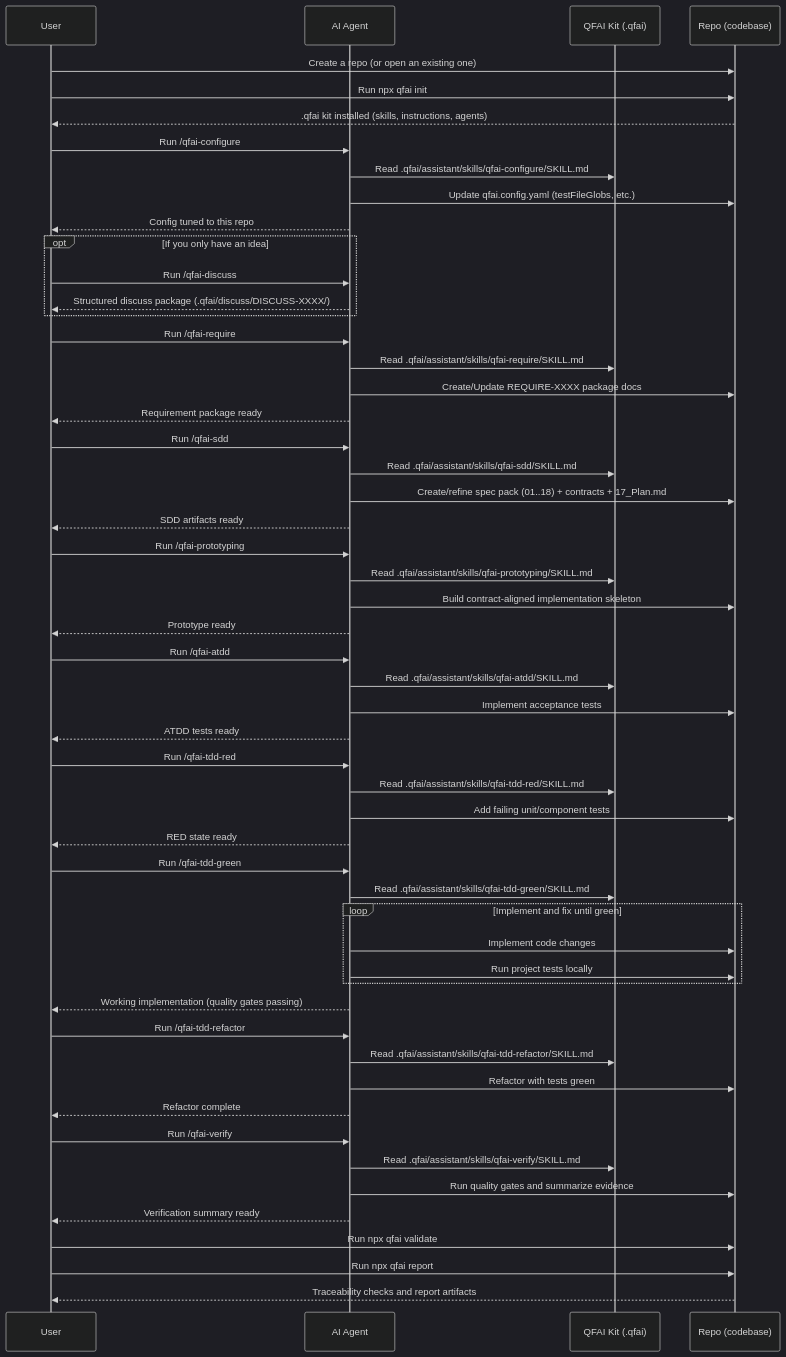
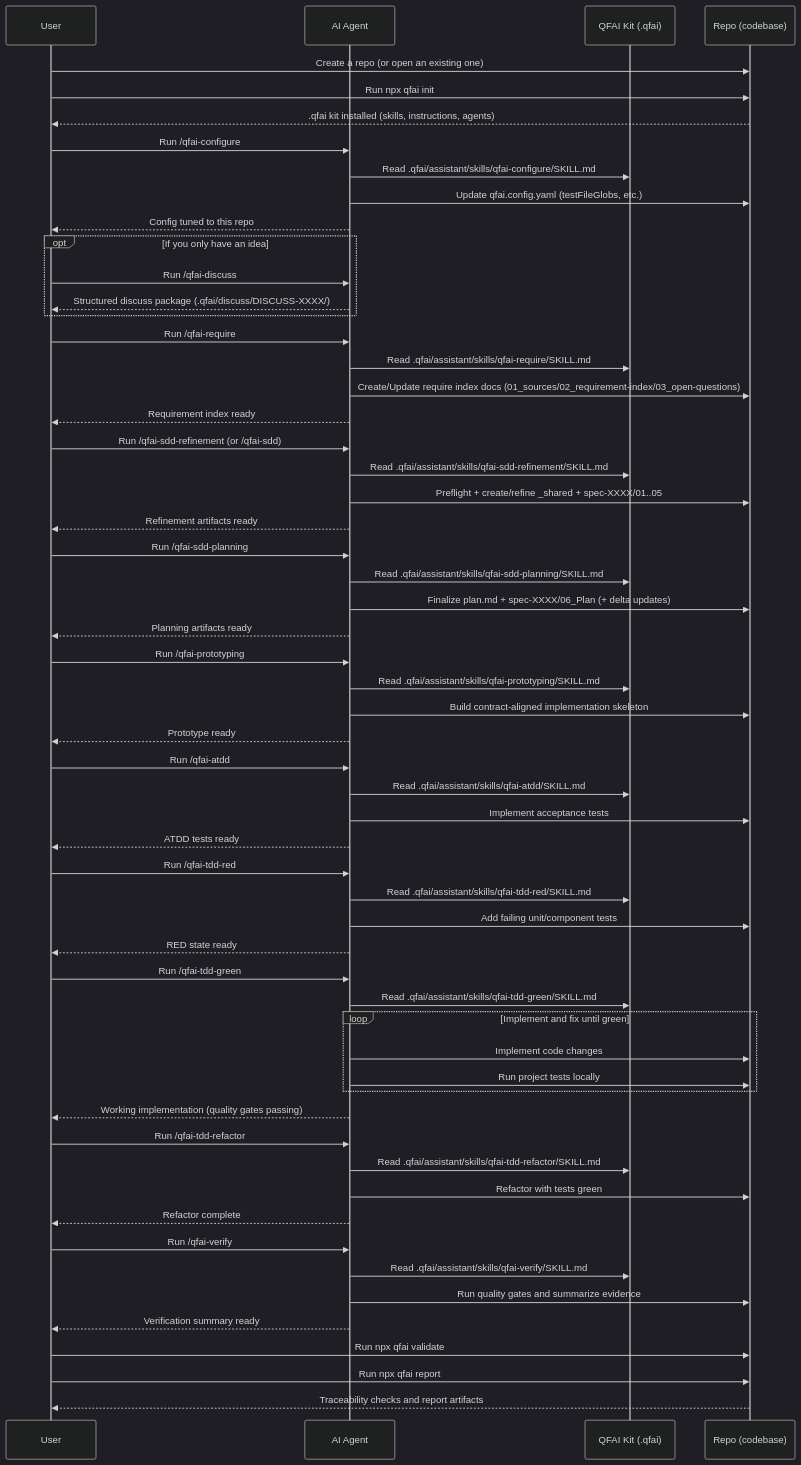
The first of 2 diagrams in README.md (aganesy/QFAI), drawn with Mermaid (dark theme) before and after one commit. The commit also changed other lines of this file and 10 other files, not shown here.

Commit message:
feat(sdd): add preflight split skills and import-lite flow

````diff
--- a/README.md
+++ b/README.md
@@ -72,68 +74,73 @@
 ```mermaid
 sequenceDiagram
 participant U as User
 participant AG as AI Agent
 participant Q as QFAI Kit (.qfai)
 participant R as Repo (codebase)
 
 U->>R: Create a repo (or open an existing one)
 U->>R: Run npx qfai init
 R-->>U: .qfai kit installed (skills, instructions, agents)
 
 U->>AG: Run /qfai-configure
 AG->>Q: Read .qfai/assistant/skills/qfai-configure/SKILL.md
 AG->>R: Update qfai.config.yaml (testFileGlobs, etc.)
 AG-->>U: Config tuned to this repo
 
 opt If you only have an idea
 U->>AG: Run /qfai-discuss
 AG-->>U: Structured discuss package (.qfai/discuss/DISCUSS-XXXX/)
 end
 
 U->>AG: Run /qfai-require
 AG->>Q: Read .qfai/assistant/skills/qfai-require/SKILL.md
-AG->>R: Create/Update REQUIRE-XXXX package docs
-AG-->>U: Requirement package ready
+AG->>R: Create/Update require index docs (01_sources/02_requirement-index/03_open-questions)
+AG-->>U: Requirement index ready
 
-U->>AG: Run /qfai-sdd
-AG->>Q: Read .qfai/assistant/skills/qfai-sdd/SKILL.md
-AG->>R: Create/refine spec pack (01..18) + contracts + 17_Plan.md
-AG-->>U: SDD artifacts ready
+U->>AG: Run /qfai-sdd-refinement (or /qfai-sdd)
+AG->>Q: Read .qfai/assistant/skills/qfai-sdd-refinement/SKILL.md
+AG->>R: Preflight + create/refine _shared + spec-XXXX/01..05
+AG-->>U: Refinement artifacts ready
+
+U->>AG: Run /qfai-sdd-planning
+AG->>Q: Read .qfai/assistant/skills/qfai-sdd-planning/SKILL.md
+AG->>R: Finalize plan.md + spec-XXXX/06_Plan (+ delta updates)
+AG-->>U: Planning artifacts ready
 
 U->>AG: Run /qfai-prototyping
 AG->>Q: Read .qfai/assistant/skills/qfai-prototyping/SKILL.md
 AG->>R: Build contract-aligned implementation skeleton
 AG-->>U: Prototype ready
 
 U->>AG: Run /qfai-atdd
 AG->>Q: Read .qfai/assistant/skills/qfai-atdd/SKILL.md
 AG->>R: Implement acceptance tests
 AG-->>U: ATDD tests ready
 
 U->>AG: Run /qfai-tdd-red
 AG->>Q: Read .qfai/assistant/skills/qfai-tdd-red/SKILL.md
 AG->>R: Add failing unit/component tests
 AG-->>U: RED state ready
 
 U->>AG: Run /qfai-tdd-green
 AG->>Q: Read .qfai/assistant/skills/qfai-tdd-green/SKILL.md
 loop Implement and fix until green
 AG->>R: Implement code changes
 AG->>R: Run project tests locally
 end
 AG-->>U: Working implementation (quality gates passing)
 
 U->>AG: Run /qfai-tdd-refactor
 AG->>Q: Read .qfai/assistant/skills/qfai-tdd-refactor/SKILL.md
 AG->>R: Refactor with tests green
 AG-->>U: Refactor complete
 
 U->>AG: Run /qfai-verify
 AG->>Q: Read .qfai/assistant/skills/qfai-verify/SKILL.md
 AG->>R: Run quality gates and summarize evidence
 AG-->>U: Verification summary ready
 
 U->>R: Run npx qfai validate
 U->>R: Run npx qfai report
 R-->>U: Traceability checks and report artifacts
 ```
````
